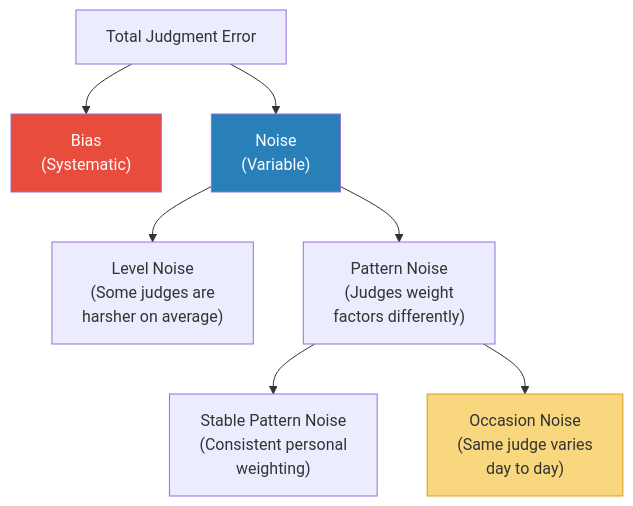
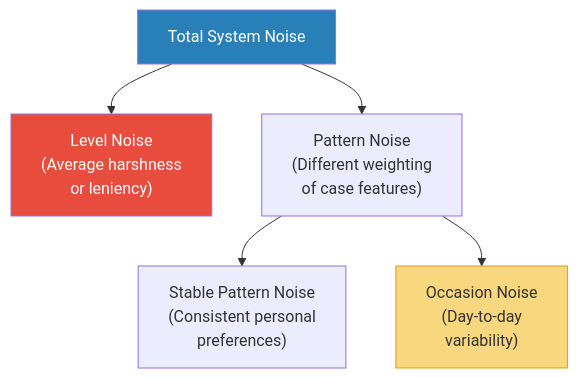
One commit to alius33/reader changed the second of 9 diagrams in summaries/Psychology & Decision Making/Noise - Cass R. Sunstein.md. Above: the diagram before and after it, drawn with Mermaid. The commit also changed other lines of this file and 272 other files, not shown here.

````diff
--- a/summaries/Psychology & Decision Making/Noise - Cass R. Sunstein.md
+++ b/summaries/Psychology & Decision Making/Noise - Cass R. Sunstein.md
@@ -93,12 +317,10 @@
 ```mermaid
 flowchart TD
-    A["Total Judgment Error"] --> B["Bias\n(Systematic)"]
-    A --> C["Noise\n(Variable)"]
-    C --> D["Level Noise\n(Some judges are\nharsher on average)"]
-    C --> E["Pattern Noise\n(Judges weight\nfactors differently)"]
-    E --> F["Stable Pattern Noise\n(Consistent personal\nweighting)"]
-    E --> G["Occasion Noise\n(Same judge varies\nday to day)"]
+    A["Total System Noise"] --> B["Level Noise<br>(Average harshness<br>or leniency)"]
+    A --> C["Pattern Noise<br>(Different weighting<br>of case features)"]
+    C --> D["Stable Pattern Noise<br>(Consistent personal<br>preferences)"]
+    C --> E["Occasion Noise<br>(Day-to-day<br>variability)"]
+    style A fill:#2980b9,color:#fff
     style B fill:#e74c3c,color:#fff
-    style C fill:#2980b9,color:#fff
-    style G fill:#f9d77e,stroke:#d4a017
+    style E fill:#f9d77e,stroke:#d4a017
 ```
````
